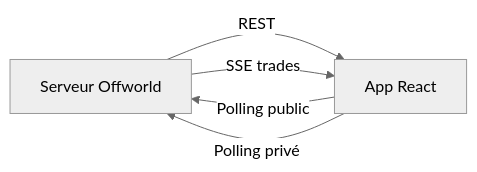
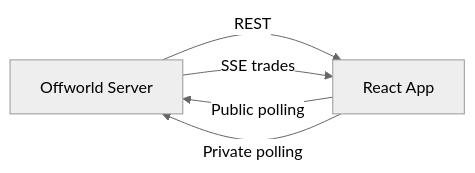
Before and after one commit to bclovis/offworld-bot-client-test: the diagram in frontend/README.md, drawn with Mermaid (neutral theme). The commit also changed other lines of this file and 31 other files, not shown here.

````diff
--- a/frontend/README.md
+++ b/frontend/README.md
@@ -44,7 +44,7 @@
 ```mermaid
 flowchart LR
-    S[Serveur Offworld] -->|REST| A[App React]
+    S[Offworld Server] -->|REST| A[React App]
     S -->|SSE trades| A
-    A -->|Polling public| S
-    A -->|Polling privé| S
+    A -->|Public polling| S
+    A -->|Private polling| S
 ```
````
